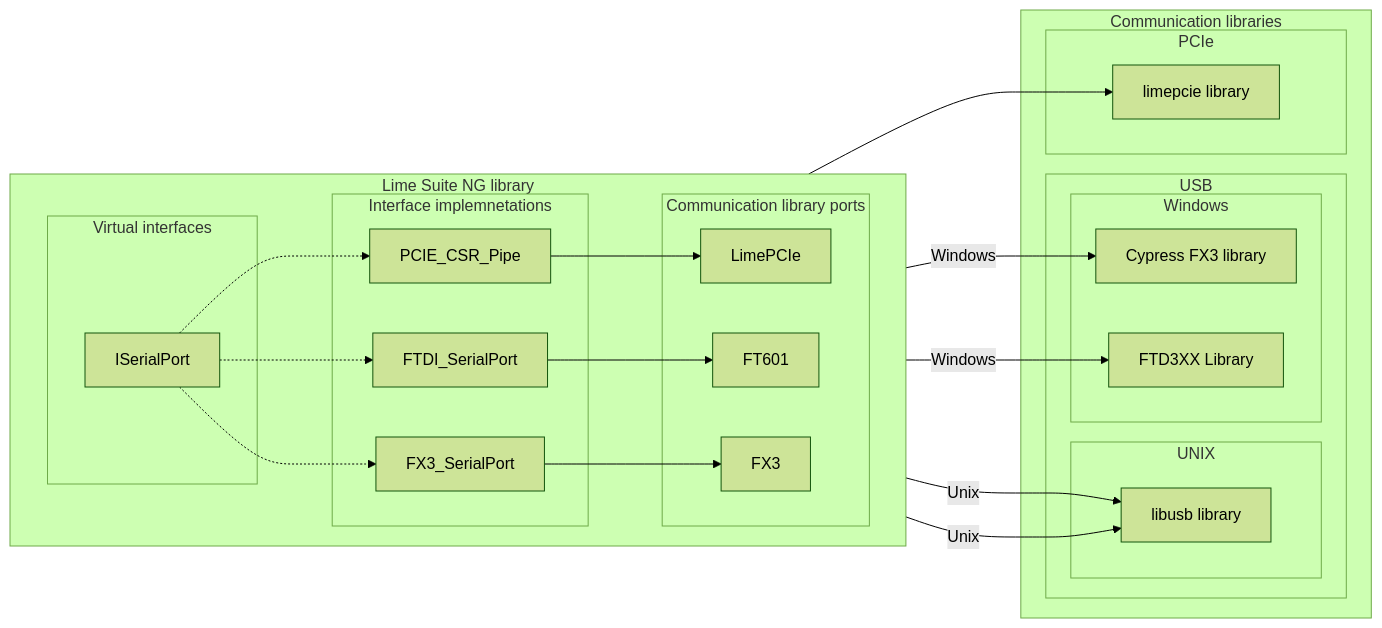
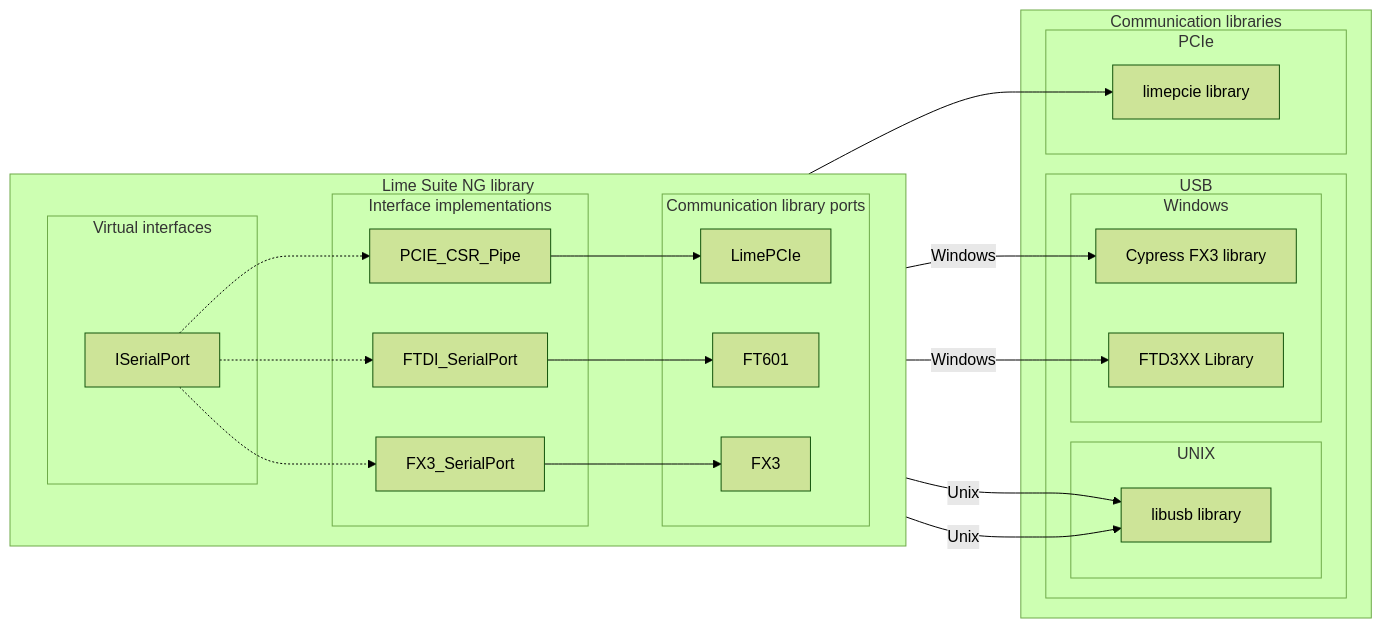
The diagram in docs/developer/Introduction/comms.mmd (myriadrf/LimeSuiteNG), drawn with Mermaid (forest theme) before and after one commit.

Commit message:
DOCS: typo fix.

```diff
--- a/docs/developer/Introduction/comms.mmd
+++ b/docs/developer/Introduction/comms.mmd
@@ -1,45 +1,45 @@
 flowchart LR
     subgraph Communication libraries
         subgraph USB
             subgraph UNIX
                 libusb["libusb library"]
             end
             subgraph Windows
                 Cypress["Cypress FX3 library"]
                 FTD3XX["FTD3XX Library"]
             end
         end
         subgraph PCIe
             limepcie["limepcie library"]
         end
     end
 
     subgraph Lime Suite NG library
         direction LR
         subgraph Virtual interfaces
             ISerialPort
         end
-        subgraph Interface implemnetations
+        subgraph Interface implementations
             PCIE_CSR_Pipe
             FTDI_SerialPort
             FX3_SerialPort
         end
         subgraph Communication library ports
             LimePCIe
             FT601
             FX3
         end
     end
 
     %% Lime Suite NG library subgraph interconnections
     ISerialPort-.->PCIE_CSR_Pipe & FTDI_SerialPort & FX3_SerialPort
     PCIE_CSR_Pipe-->LimePCIe
     FTDI_SerialPort-->FT601
     FX3_SerialPort-->FX3
 
     %% Global interconnections
     LimePCIe-->limepcie
     FT601-- Windows -->FTD3XX
     FX3-- Windows -->Cypress
     FT601-- Unix -->libusb
     FX3-- Unix -->libusb
```
